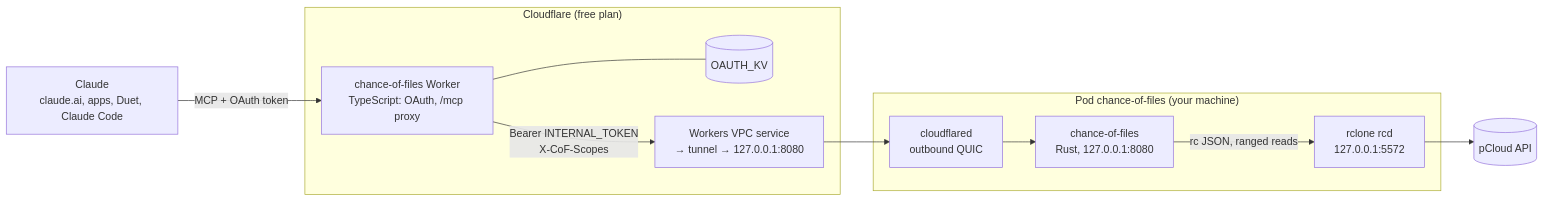
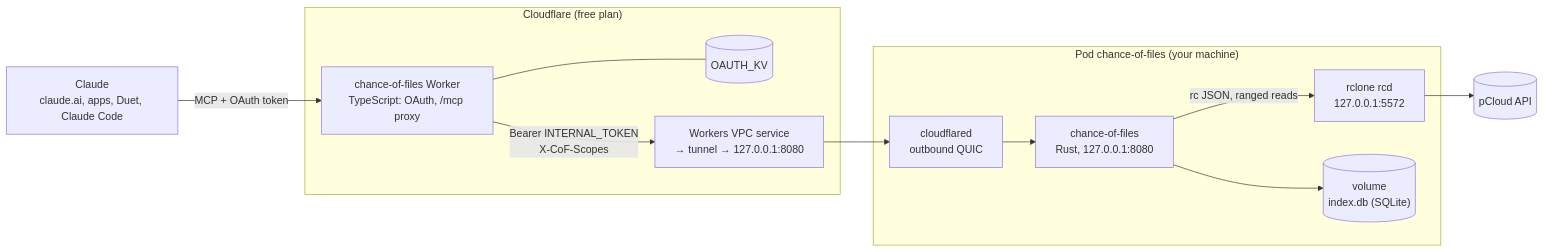
One commit to tywrr/pcloud-mcp changed the diagram in README.md. Above: the diagram before and after it, drawn with Mermaid. The commit also changed other lines of this file and 41 other files, not shown here.

````diff
--- a/README.md
+++ b/README.md
@@ -50,19 +60,21 @@
 ```mermaid
 flowchart LR
   claude["Claude<br/>claude.ai, apps, Duet, Claude Code"]
   subgraph cf["Cloudflare (free plan)"]
     auth["chance-of-files Worker<br/>TypeScript: OAuth, /mcp proxy"]
     kv[("OAUTH_KV")]
     vpc["Workers VPC service<br/>→ tunnel → 127.0.0.1:8080"]
   end
   subgraph pod["Pod chance-of-files (your machine)"]
     cfd["cloudflared<br/>outbound QUIC"]
     core["chance-of-files<br/>Rust, 127.0.0.1:8080"]
     rclone["rclone rcd<br/>127.0.0.1:5572"]
+    vol[("volume<br/>index.db (SQLite)")]
   end
   pcloud[("pCloud API")]
   claude -- "MCP + OAuth token" --> auth
   auth --- kv
   auth -- "Bearer INTERNAL_TOKEN<br/>X-CoF-Scopes" --> vpc --> cfd --> core
+  core --> vol
   core -- "rc JSON, ranged reads" --> rclone --> pcloud
 ```
````
